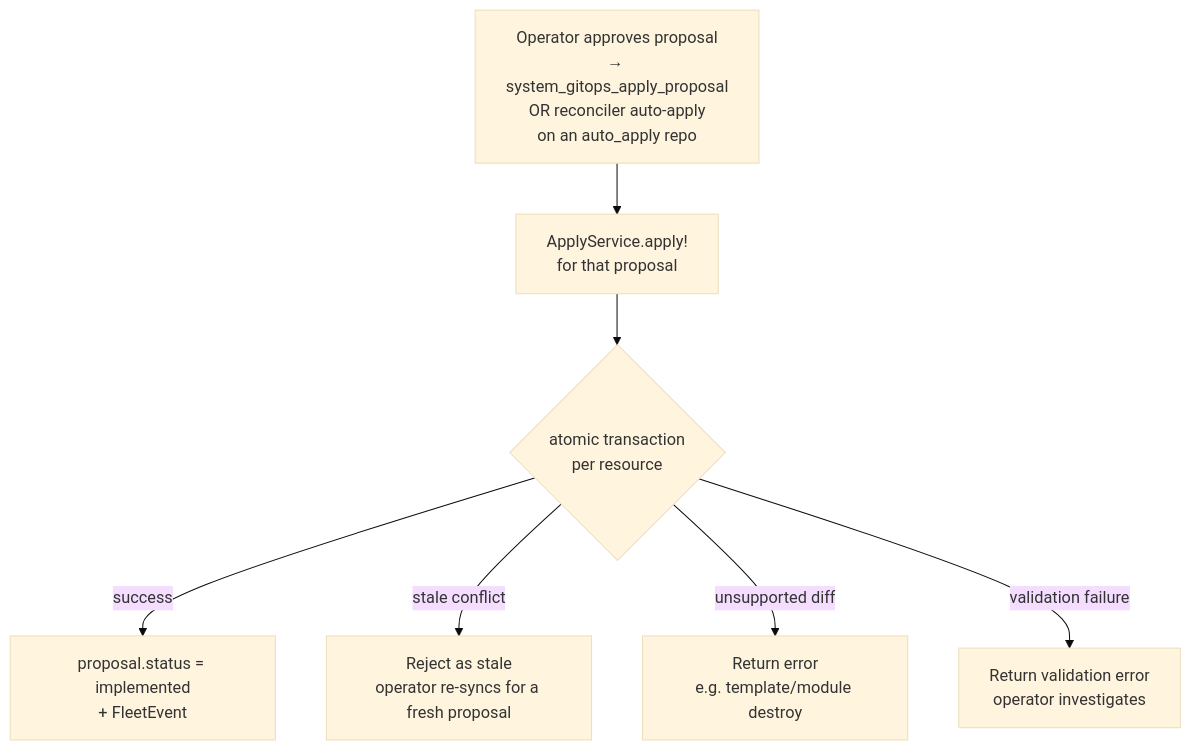
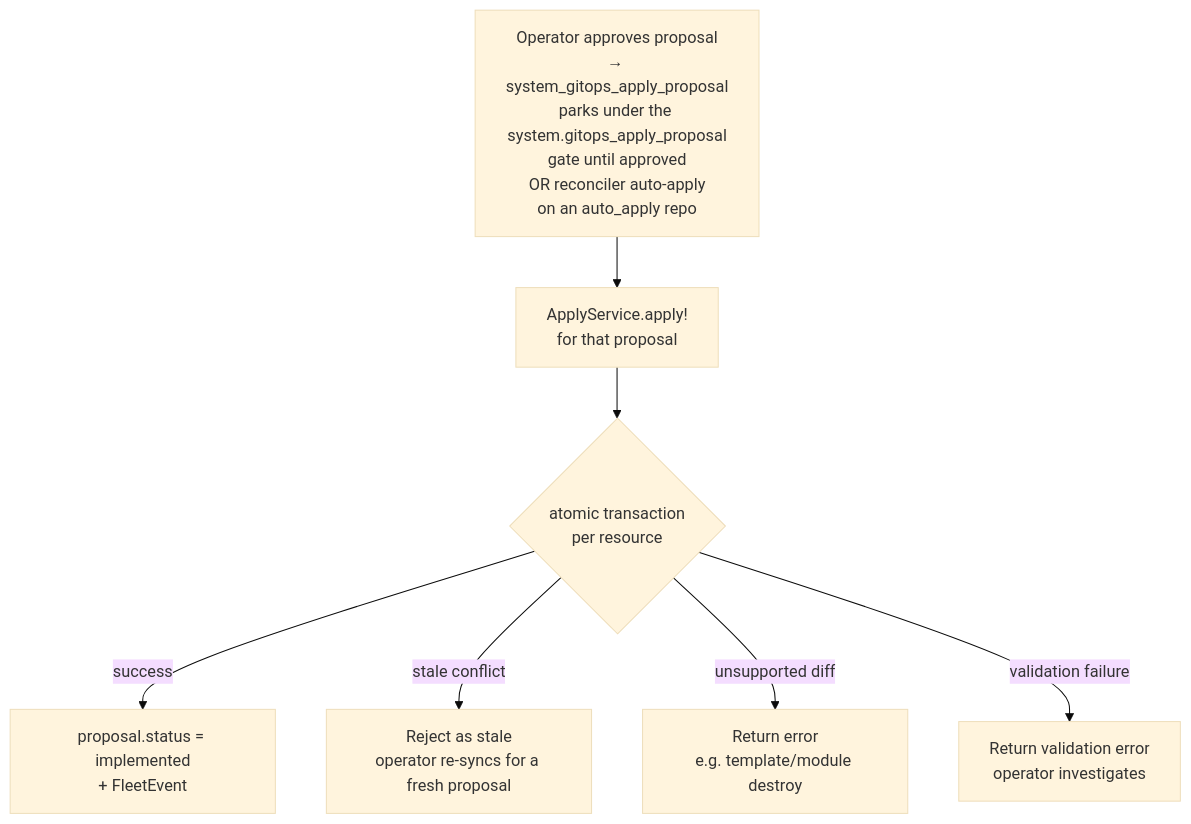
Before and after one commit to nodealchemy/powernode-system: the second of 2 diagrams in docs/runbooks/gitops-reconciliation.md, drawn with Mermaid (base theme). The commit also changed other lines of this file and 5 other files, not shown here.

First line of the commit message:
docs(gitops): SWEEP-2026-09-03 correct the register and sync_now contracts in the operator docs

````diff
--- a/docs/runbooks/gitops-reconciliation.md
+++ b/docs/runbooks/gitops-reconciliation.md
@@ -235,9 +247,9 @@
 ```mermaid
 flowchart TD
-    Approve[Operator approves proposal<br/>→ system_gitops_apply_proposal<br/>OR reconciler auto-apply<br/>on an auto_apply repo] --> Apply[ApplyService.apply!<br/>for that proposal]
+    Approve[Operator approves proposal<br/>→ system_gitops_apply_proposal<br/>parks under the system.gitops_apply_proposal<br/>gate until approved<br/>OR reconciler auto-apply<br/>on an auto_apply repo] --> Apply[ApplyService.apply!<br/>for that proposal]
     Apply --> TXN{atomic transaction<br/>per resource}
     TXN -->|success| Mark[proposal.status = implemented<br/>+ FleetEvent]
     TXN -->|stale conflict| Stale[Reject as stale<br/>operator re-syncs for a fresh proposal]
     TXN -->|unsupported diff| Unsup[Return error<br/>e.g. template/module destroy]
     TXN -->|validation failure| Fail[Return validation error<br/>operator investigates]
 ```
````
